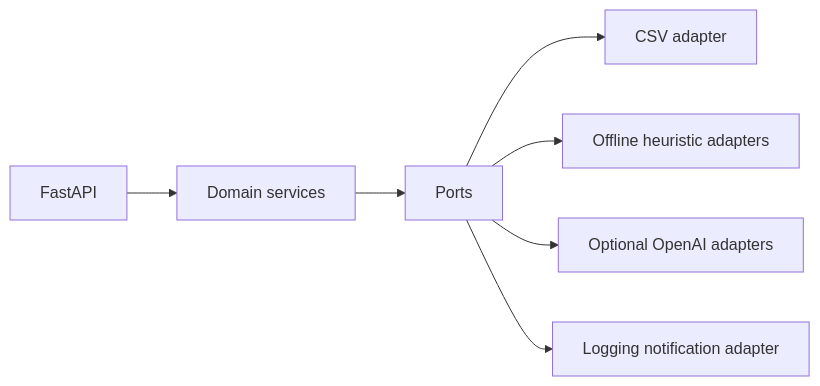
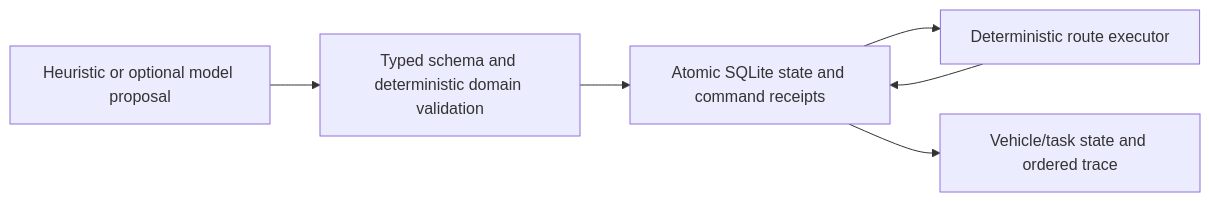
Before and after one commit to VictorCabrejos/agv-fleet-commander: the diagram in README.md, drawn with Mermaid. The commit also changed other lines of this file and 29 other files, not shown here.

First line of the commit message:
Rebuild deterministic AGV execution and durable domain validation

````diff
--- a/README.md
+++ b/README.md
@@ -17,9 +27,8 @@
 ```mermaid
 flowchart LR
-    API[FastAPI] --> S[Domain services]
-    S --> P[Ports]
-    P --> CSV[CSV adapter]
-    P --> H[Offline heuristic adapters]
-    P --> O[Optional OpenAI adapters]
-    P --> N[Logging notification adapter]
+    Planner[Heuristic or optional model proposal] --> Gate[Typed schema and deterministic domain validation]
+    Gate --> Store[Atomic SQLite state and command receipts]
+    Store --> Tick[Deterministic route executor]
+    Tick --> Store
+    Store --> Evidence[Vehicle/task state and ordered trace]
 ```
````
